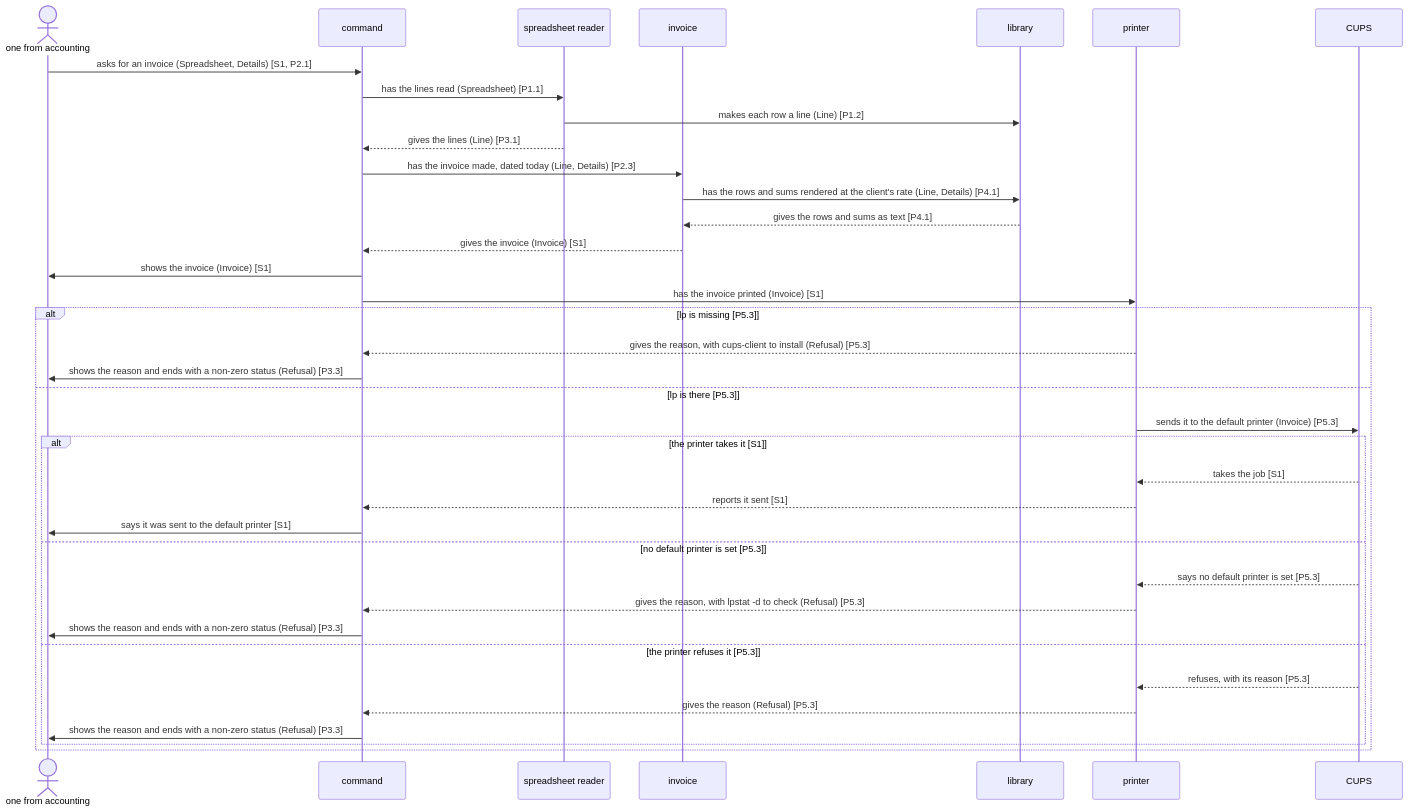
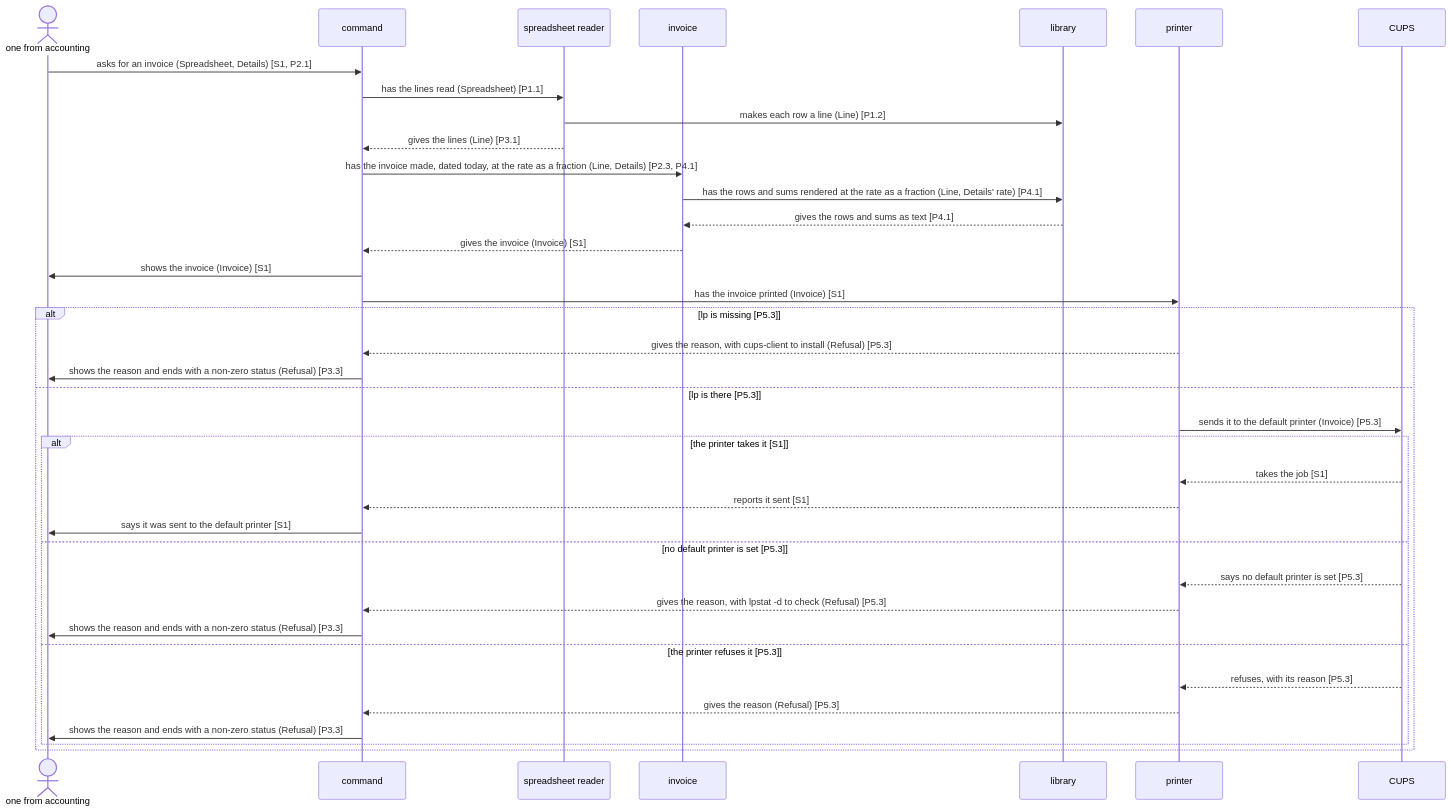
The first of 4 diagrams in docs/architecture.md (lovaizu/playground), drawn with Mermaid before and after one commit. The commit also changed other lines of this file and 2 other files, not shown here.

Commit message:
Architecture: the command owns the rate's conversion, and the checks' places

````diff
--- a/docs/architecture.md
+++ b/docs/architecture.md
@@ -113,39 +119,39 @@
 ```mermaid
 sequenceDiagram
   actor U as one from accounting
   participant C as command
   participant R as spreadsheet reader
   participant I as invoice
   participant L as library
   participant P as printer
   participant Q as CUPS
   U->>C: asks for an invoice (Spreadsheet, Details) [S1, P2.1]
   C->>R: has the lines read (Spreadsheet) [P1.1]
   R->>L: makes each row a line (Line) [P1.2]
   R-->>C: gives the lines (Line) [P3.1]
-  C->>I: has the invoice made, dated today (Line, Details) [P2.3]
-  I->>L: has the rows and sums rendered at the client's rate (Line, Details) [P4.1]
+  C->>I: has the invoice made, dated today, at the rate as a fraction (Line, Details) [P2.3, P4.1]
+  I->>L: has the rows and sums rendered at the rate as a fraction (Line, Details' rate) [P4.1]
   L-->>I: gives the rows and sums as text [P4.1]
   I-->>C: gives the invoice (Invoice) [S1]
   C->>U: shows the invoice (Invoice) [S1]
   C->>P: has the invoice printed (Invoice) [S1]
   alt lp is missing [P5.3]
     P-->>C: gives the reason, with cups-client to install (Refusal) [P5.3]
     C->>U: shows the reason and ends with a non-zero status (Refusal) [P3.3]
   else lp is there [P5.3]
     P->>Q: sends it to the default printer (Invoice) [P5.3]
     alt the printer takes it [S1]
       Q-->>P: takes the job [S1]
       P-->>C: reports it sent [S1]
       C->>U: says it was sent to the default printer [S1]
     else no default printer is set [P5.3]
       Q-->>P: says no default printer is set [P5.3]
       P-->>C: gives the reason, with lpstat -d to check (Refusal) [P5.3]
       C->>U: shows the reason and ends with a non-zero status (Refusal) [P3.3]
     else the printer refuses it [P5.3]
       Q-->>P: refuses, with its reason [P5.3]
       P-->>C: gives the reason (Refusal) [P5.3]
       C->>U: shows the reason and ends with a non-zero status (Refusal) [P3.3]
     end
   end
 ```
````
